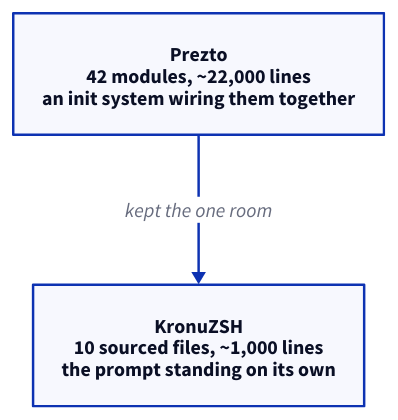
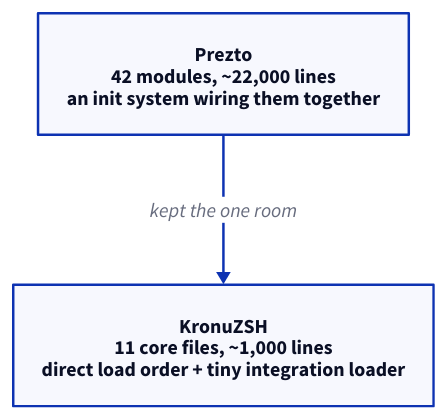
One commit to Kronuz/Kronuz.github.io changed the diagram in src/content/docs/blog/molting.md. Above: the diagram before and after it, drawn with D2. The commit also changed other lines of this file and 2 other files, not shown here.

````diff
--- a/src/content/docs/blog/molting.md
+++ b/src/content/docs/blog/molting.md
@@ -32,6 +32,6 @@
-```d2 alt="Prezto loaded 42 modules through an init system to build the shell; KronuZSH sources ten short files directly and the prompt stands on its own."
+```d2 alt="Prezto loaded 42 modules through a general init system to build the shell; KronuZSH sources its core files directly, uses a tiny loader for optional tool integrations, and the prompt stands on its own."
 direction: down
 old: "Prezto\n42 modules, ~22,000 lines\nan init system wiring them together" { shape: rectangle }
-new: "KronuZSH\n10 sourced files, ~1,000 lines\nthe prompt standing on its own" { shape: rectangle }
+new: "KronuZSH\n11 core files, ~1,000 lines\ndirect load order + tiny integration loader" { shape: rectangle }
 old -> new: "kept the one room"
 ```
````
